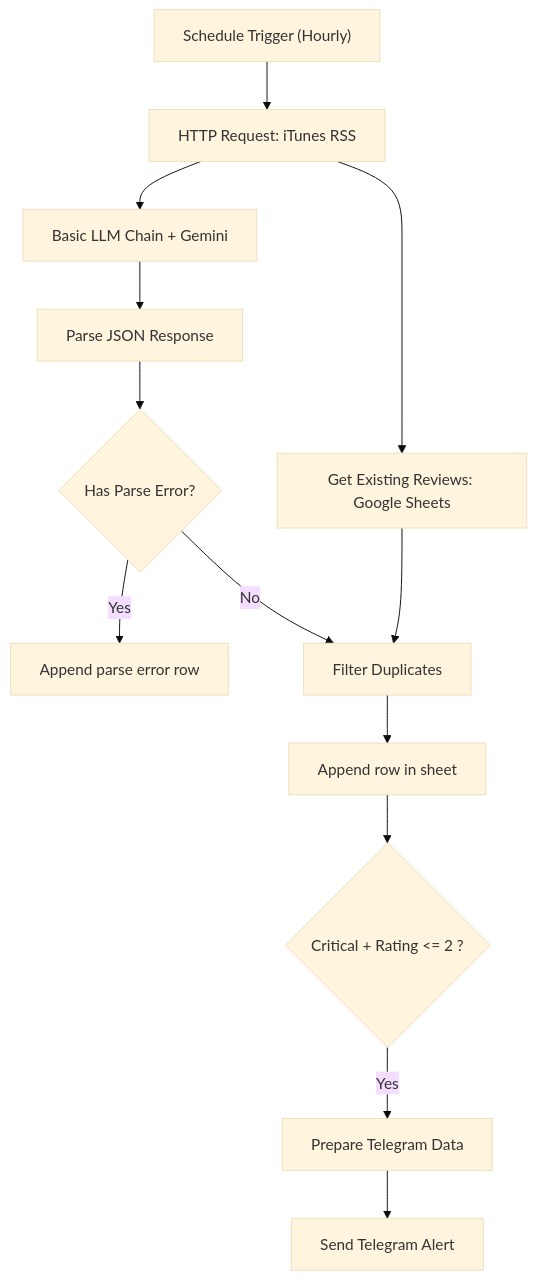
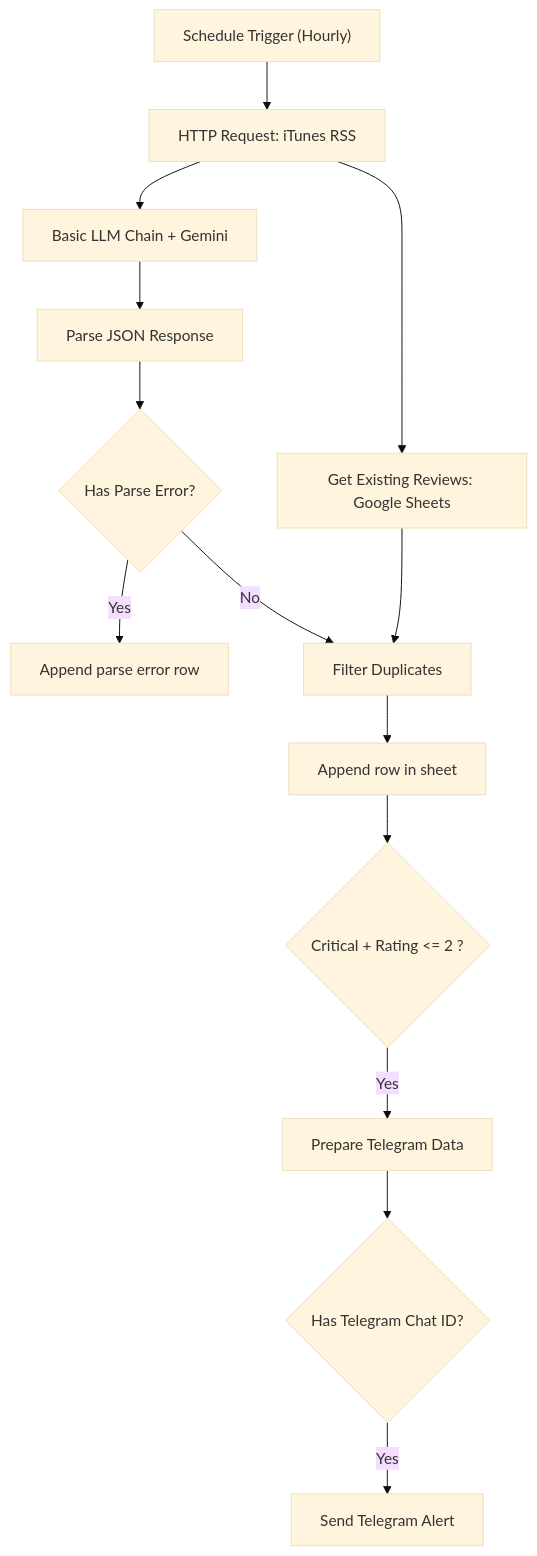
The diagram in README.md (jeonsavvy/VoC-Radar), drawn with Mermaid (base theme) before and after one commit. The commit also changed other lines of this file and 1 other file, not shown here.

Commit message:
fix: harden workflow defaults and alert safety

````diff
--- a/README.md
+++ b/README.md
@@ -11,15 +11,16 @@
 ```mermaid
 graph TD
     A["Schedule Trigger (Hourly)"] --> B["HTTP Request: iTunes RSS"]
     B --> C["Get Existing Reviews: Google Sheets"]
     B --> D["Basic LLM Chain + Gemini"]
     D --> E["Parse JSON Response"]
     E --> F{"Has Parse Error?"}
     F -->|"Yes"| G["Append parse error row"]
     F -->|"No"| H["Filter Duplicates"]
     C --> H
     H --> I["Append row in sheet"]
     I --> J{"Critical + Rating <= 2 ?"}
     J -->|"Yes"| K["Prepare Telegram Data"]
-    K --> L["Send Telegram Alert"]
+    K --> M{"Has Telegram Chat ID?"}
+    M -->|"Yes"| L["Send Telegram Alert"]
 ```
````
